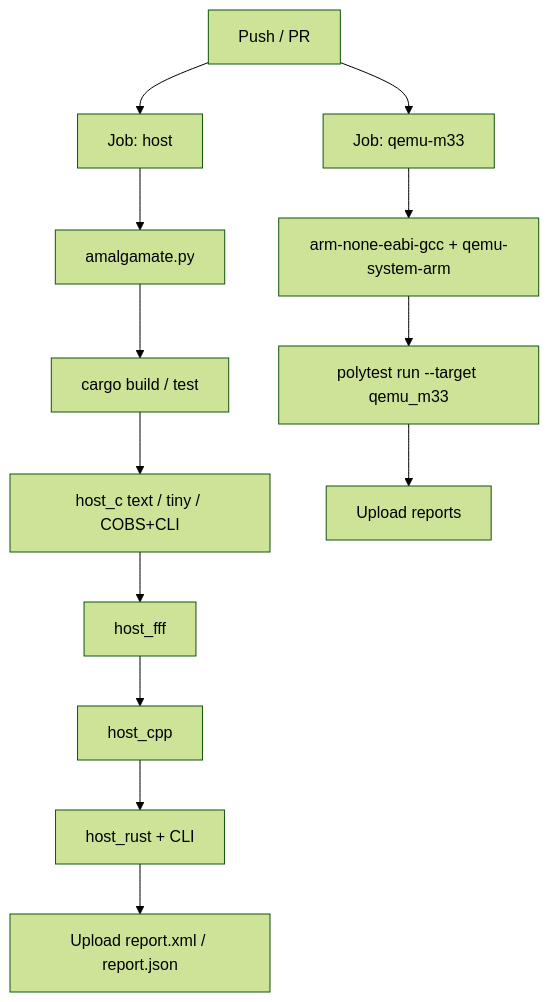
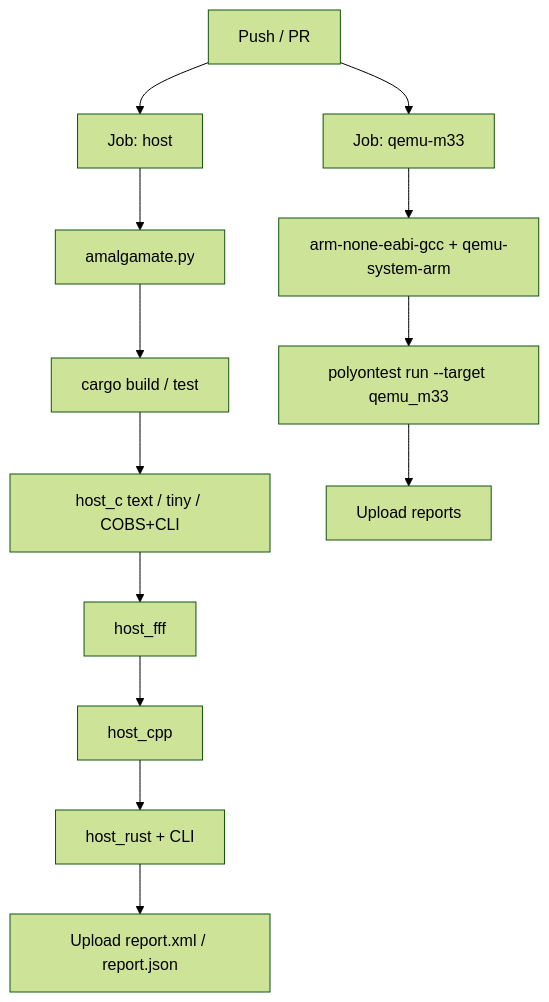
The fourth of 4 diagrams in docs/concepts.md (malto101/Open-PolyTest-Framework), drawn with Mermaid (forest theme) before and after one commit. The commit also changed other lines of this file and 93 other files, not shown here.

````diff
--- a/docs/concepts.md
+++ b/docs/concepts.md
@@ -126,15 +126,15 @@
 ```mermaid
 flowchart TD
   push[Push / PR] --> hostJob[Job: host]
   push --> qemuJob[Job: qemu-m33]
   hostJob --> amalg[amalgamate.py]
   amalg --> cargo[cargo build / test]
   cargo --> hostC[host_c text / tiny / COBS+CLI]
   hostC --> fff[host_fff]
   fff --> cpp[host_cpp]
   cpp --> rust[host_rust + CLI]
   rust --> artsHost[Upload report.xml / report.json]
   qemuJob --> toolchains[arm-none-eabi-gcc + qemu-system-arm]
-  toolchains --> qemuRun["polytest run --target qemu_m33"]
+  toolchains --> qemuRun["polyontest run --target qemu_m33"]
   qemuRun --> artsQemu[Upload reports]
 ```
````
